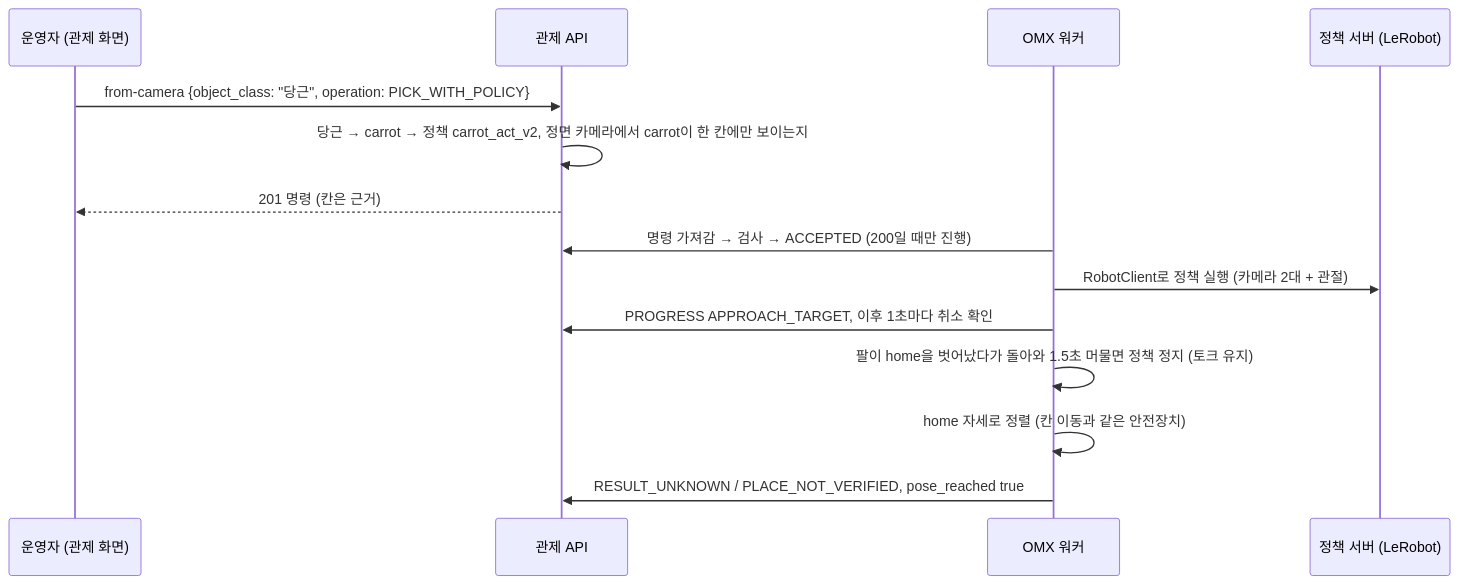
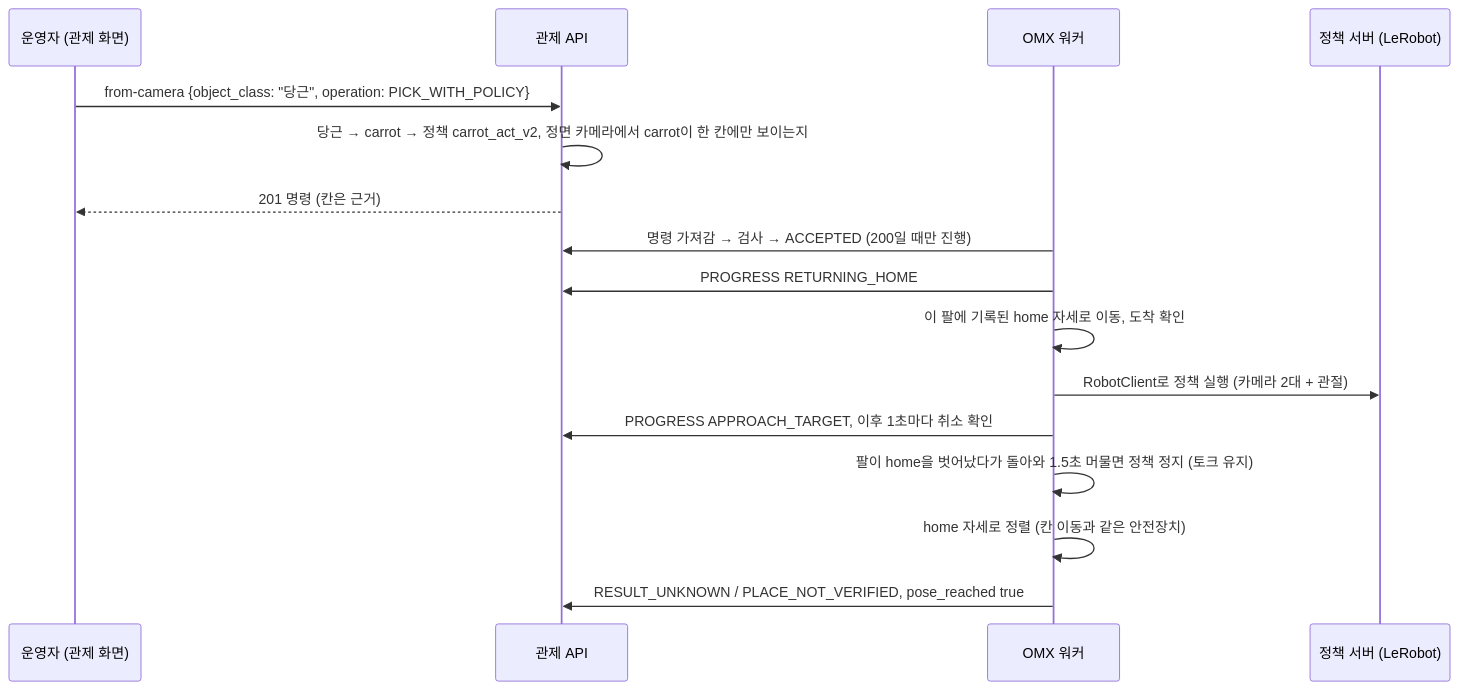
Before and after one commit to kernel-robot-8th/kernel-robot-repo-3: the second of 2 diagrams in docs/implementation/arm-command-api.md, drawn with Mermaid. The commit also changed other lines of this file and 11 other files, not shown here.

````diff
--- a/docs/implementation/arm-command-api.md
+++ b/docs/implementation/arm-command-api.md
@@ -220,16 +220,18 @@
 ```mermaid
 sequenceDiagram
     participant Op as 운영자 (관제 화면)
     participant API as 관제 API
     participant W as OMX 워커
     participant P as 정책 서버 (LeRobot)
     Op->>API: from-camera {object_class: "당근", operation: PICK_WITH_POLICY}
     API->>API: 당근 → carrot → 정책 carrot_act_v2, 정면 카메라에서 carrot이 한 칸에만 보이는지
     API-->>Op: 201 명령 (칸은 근거)
     W->>API: 명령 가져감 → 검사 → ACCEPTED (200일 때만 진행)
+    W->>API: PROGRESS RETURNING_HOME
+    W->>W: 이 팔에 기록된 home 자세로 이동, 도착 확인
     W->>P: RobotClient로 정책 실행 (카메라 2대 + 관절)
     W->>API: PROGRESS APPROACH_TARGET, 이후 1초마다 취소 확인
     W->>W: 팔이 home을 벗어났다가 돌아와 1.5초 머물면 정책 정지 (토크 유지)
     W->>W: home 자세로 정렬 (칸 이동과 같은 안전장치)
     W->>API: RESULT_UNKNOWN / PLACE_NOT_VERIFIED, pose_reached true
 ```
````
